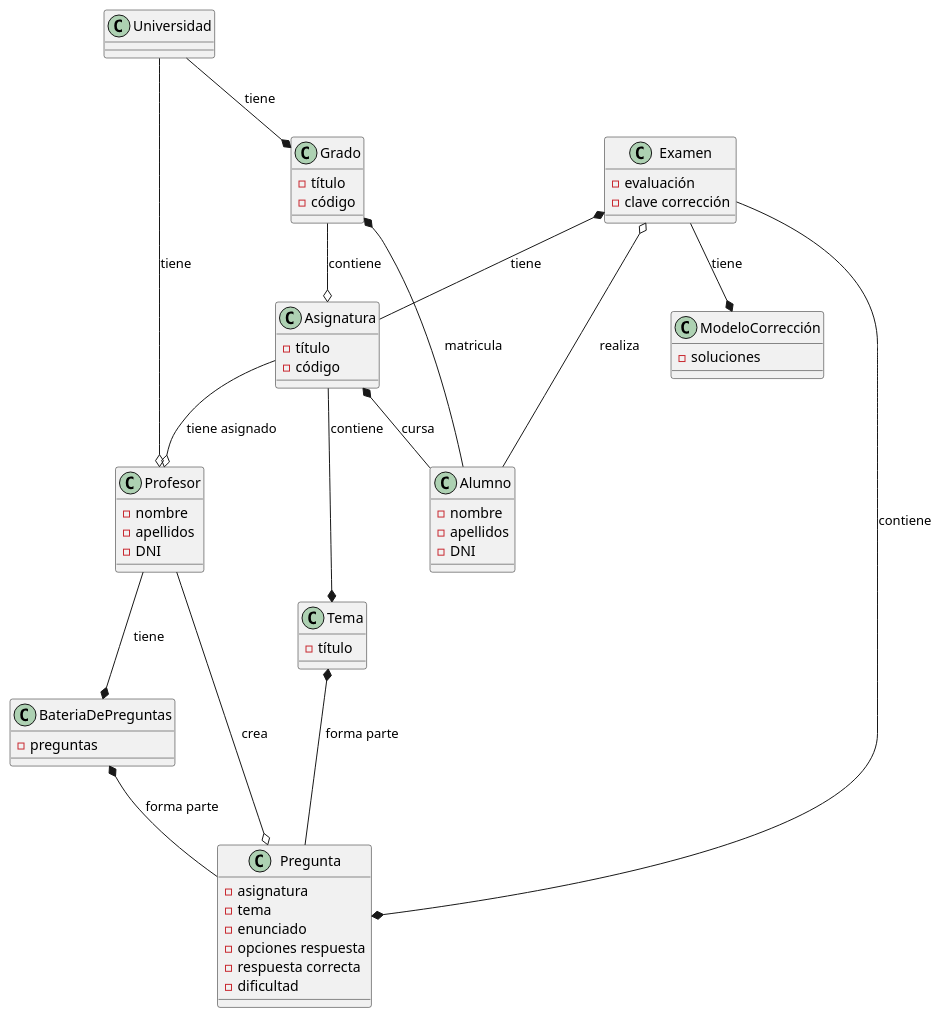
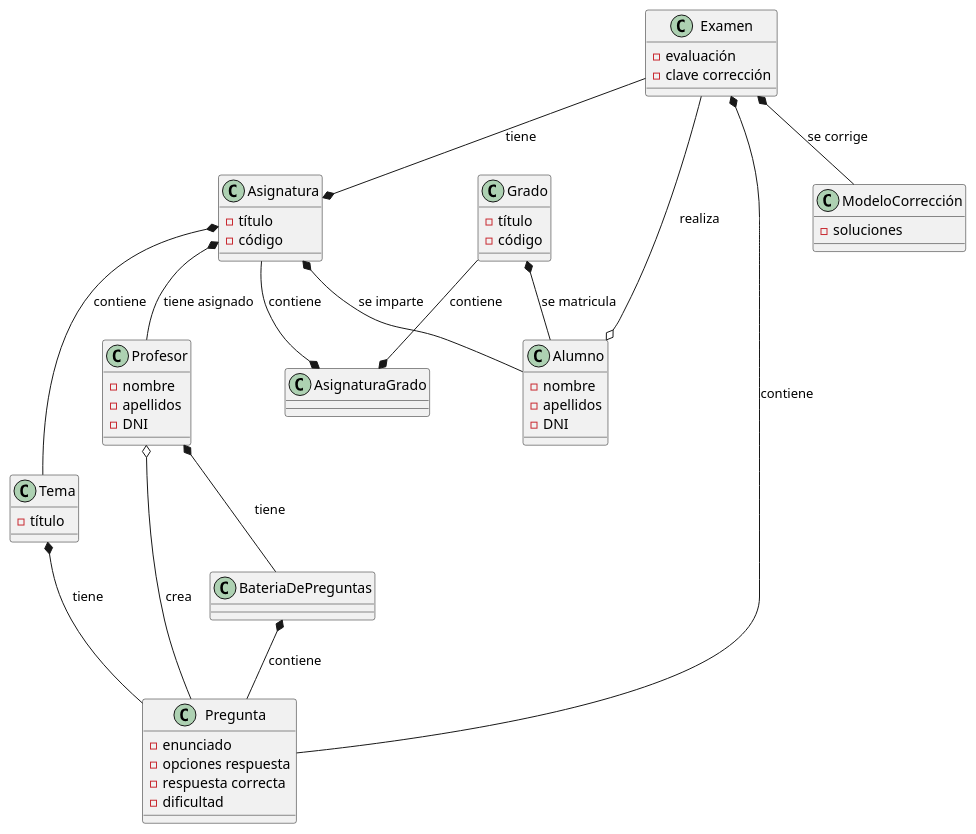
One commit to martinlopez7/25-26-IdSw1-SdR changed the diagram in documents/modelos/diagramas/diagramaEntidad/diagramaEntidad.puml. Above: the diagram before and after it, drawn with PlantUML. The commit also changed 1 other file, not shown here.

Commit message:
fix(mdd): añade entidad auxiliar, elimina universidad y corrige relaciones de entidades y agrega diagrama actualizado [refs #16]

```diff
--- a/documents/modelos/diagramas/diagramaEntidad/diagramaEntidad.puml
+++ b/documents/modelos/diagramas/diagramaEntidad/diagramaEntidad.puml
@@ -1,59 +1,56 @@
 @startuml
 
 class Examen{
  - evaluación
  - clave corrección
+}
+class AsignaturaGrado{
 }
 class Asignatura{
  - título
  - código
 }
 class Tema{
  - título
 }
 class Pregunta{
- - asignatura
- - tema
  - enunciado
  - opciones respuesta
  - respuesta correcta
  - dificultad
 }
 class BateriaDePreguntas{
- - preguntas
 }
 class ModeloCorrección{
  - soluciones
 }
 class Grado{
  - título
  - código
 }
-class Universidad
 class Profesor{
  - nombre
  - apellidos
  - DNI
 }
 class Alumno{
  - nombre
  - apellidos
  - DNI
 }
 
-Universidad --* Grado : tiene
-Universidad --o Profesor : tiene
-Grado *-- Alumno : matricula
-Grado --o Asignatura : contiene
-Asignatura --o Profesor : tiene asignado
-Asignatura *-- Alumno : cursa
-Examen *-- Asignatura : tiene
-Examen --* Pregunta : contiene
-Asignatura --* Tema : contiene
-Tema *-- Pregunta : forma parte
-Alumno --o Examen : realiza
-BateriaDePreguntas *-- Pregunta : forma parte
-Examen --* ModeloCorrección : tiene
-Profesor --* BateriaDePreguntas : tiene
-Profesor --o Pregunta : crea
+Grado *-- Alumno : se matricula
+Grado --* AsignaturaGrado : contiene
+Asignatura --* AsignaturaGrado : contiene
+Asignatura *-- Profesor : tiene asignado
+Asignatura *-- Alumno : se imparte
+Examen --* Asignatura : tiene
+Examen *-- Pregunta : contiene
+Asignatura *-- Tema : contiene
+Tema *-- Pregunta : tiene
+Alumno o-- Examen : realiza
+BateriaDePreguntas *-- Pregunta : contiene
+Examen *-- ModeloCorrección : se corrige
+Profesor *-- BateriaDePreguntas : tiene
+Profesor o-- Pregunta : crea
 @enduml
```
